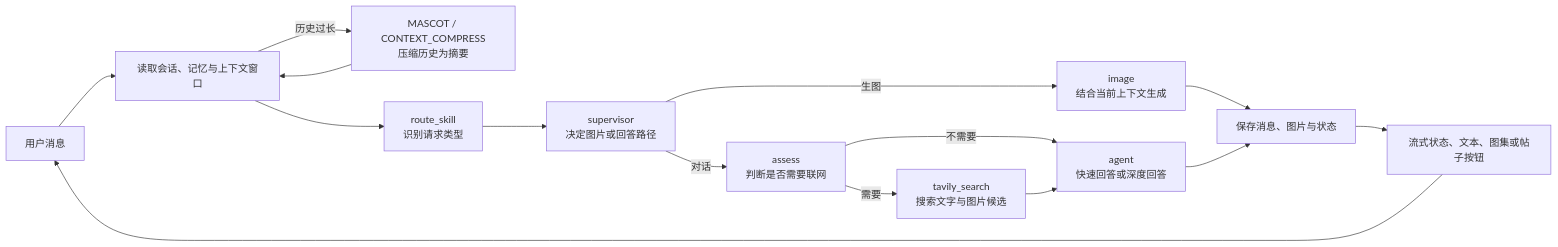
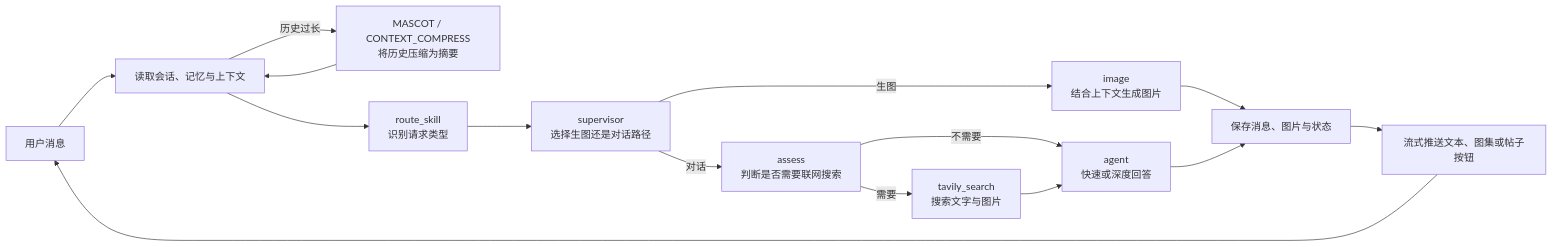
One commit to pluchon/mengmeng_forum changed diagram 14 of 19 in README.md. Above: the diagram before and after it, drawn with Mermaid. The commit also changed other lines of this file, not shown here.

````diff
--- a/README.md
+++ b/README.md
@@ -320,17 +343,17 @@
 ```mermaid
 flowchart LR
-  U["用户消息"] --> INIT["读取会话、记忆与上下文窗口"]
-  INIT -->|历史过长| COMP["MASCOT / CONTEXT_COMPRESS<br/>压缩历史为摘要"]
+  U["用户消息"] --> INIT["读取会话、记忆与上下文"]
+  INIT -->|历史过长| COMP["MASCOT / CONTEXT_COMPRESS<br/>将历史压缩为摘要"]
   COMP --> INIT
   INIT --> SKILL["route_skill<br/>识别请求类型"]
-  SKILL --> SUP["supervisor<br/>决定图片或回答路径"]
-  SUP -->|生图| IMG["image<br/>结合当前上下文生成"]
-  SUP -->|对话| ASSESS["assess<br/>判断是否需要联网"]
-  ASSESS -->|需要| WEB["tavily_search<br/>搜索文字与图片候选"]
-  ASSESS -->|不需要| AGENT["agent<br/>快速回答或深度回答"]
+  SKILL --> SUP["supervisor<br/>选择生图还是对话路径"]
+  SUP -->|生图| IMG["image<br/>结合上下文生成图片"]
+  SUP -->|对话| ASSESS["assess<br/>判断是否需要联网搜索"]
+  ASSESS -->|需要| WEB["tavily_search<br/>搜索文字与图片"]
+  ASSESS -->|不需要| AGENT["agent<br/>快速或深度回答"]
   WEB --> AGENT
   IMG --> SAVE["保存消息、图片与状态"]
   AGENT --> SAVE
-  SAVE --> EVENT["流式状态、文本、图集或帖子按钮"]
+  SAVE --> EVENT["流式推送文本、图集或帖子按钮"]
   EVENT --> U
 ```
````
